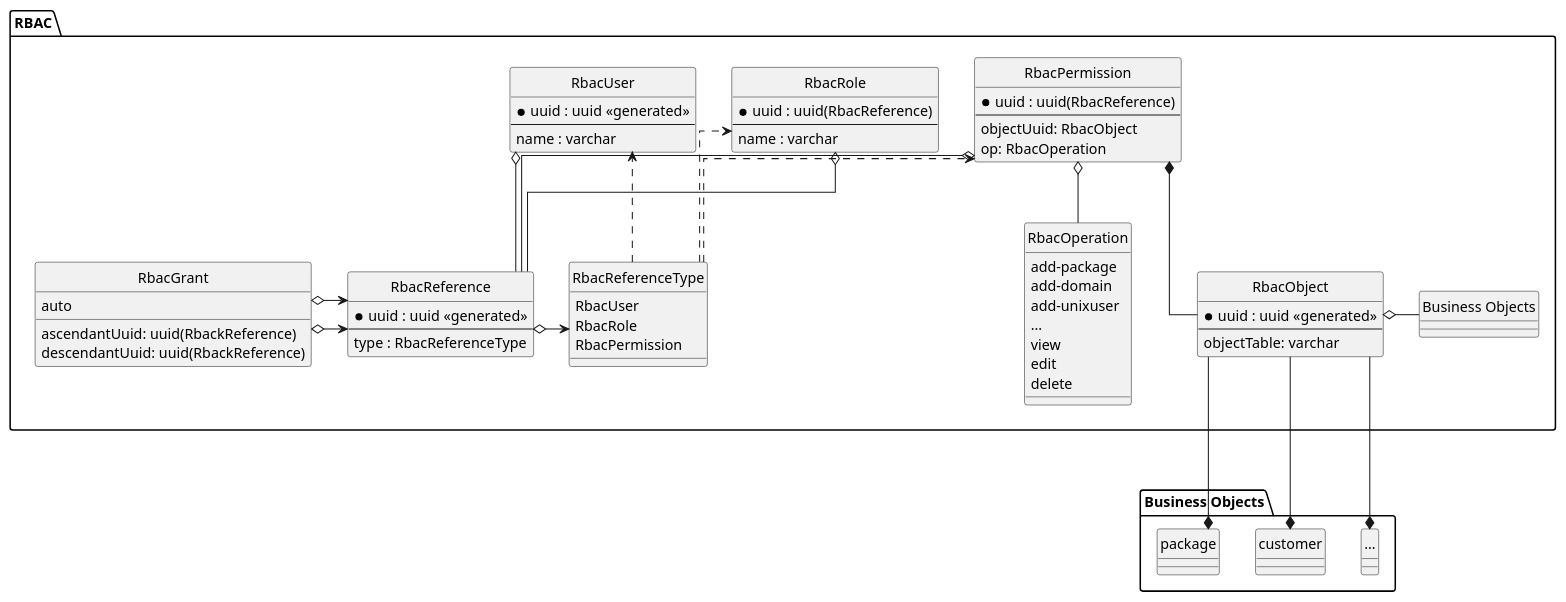
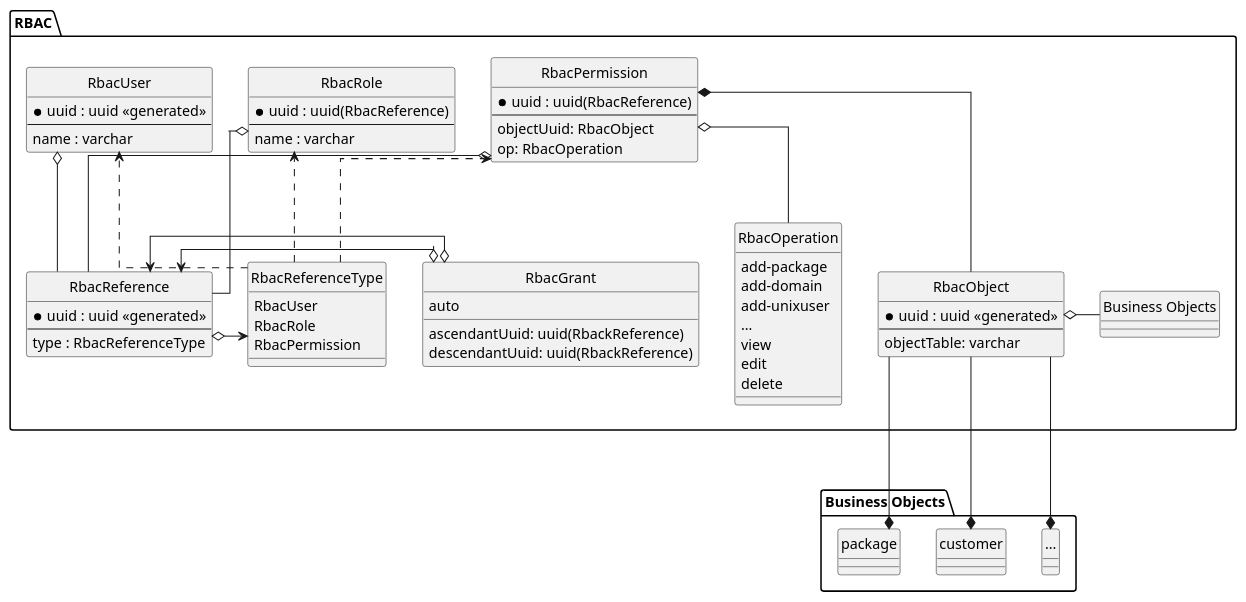
The first of 3 diagrams in sql/rbac.md (mhoennig/hs.hsadmin.ng), drawn with PlantUML before and after one commit.

Commit message:
better layout for RBAC entity diagram

```diff
--- a/sql/rbac.md
+++ b/sql/rbac.md
@@ -30,18 +30,17 @@
 
     ' forward declarations    
     entity RbacUser
-    entity RbacObject
     
     together {
         
         entity RbacRole
         entity RbacPermission
-        enum RbacOperation
+ 
         
         RbacUser -[hidden]> RbacRole
         RbacRole -[hidden]> RbacUser
     }
-    
+   
     together {
         entity RbacGrant
         enum RbacReferenceType
@@ -54,8 +53,8 @@
         descendantUuid: uuid(RbackReference)
         auto
     }
-    RbacGrant o-> RbacReference
-    RbacGrant o-> RbacReference
+    RbacGrant o-u-> RbacReference
+    RbacGrant o-u-> RbacReference
     
     enum RbacReferenceType {
         RbacUser
@@ -85,6 +84,11 @@
         name : varchar
     }
     RbacRole o-- RbacReference
+ 
+    together {   
+        enum RbacOperation
+        entity RbacObject
+    }
     
     entity RbacPermission {
         *uuid : uuid(RbacReference)
```
